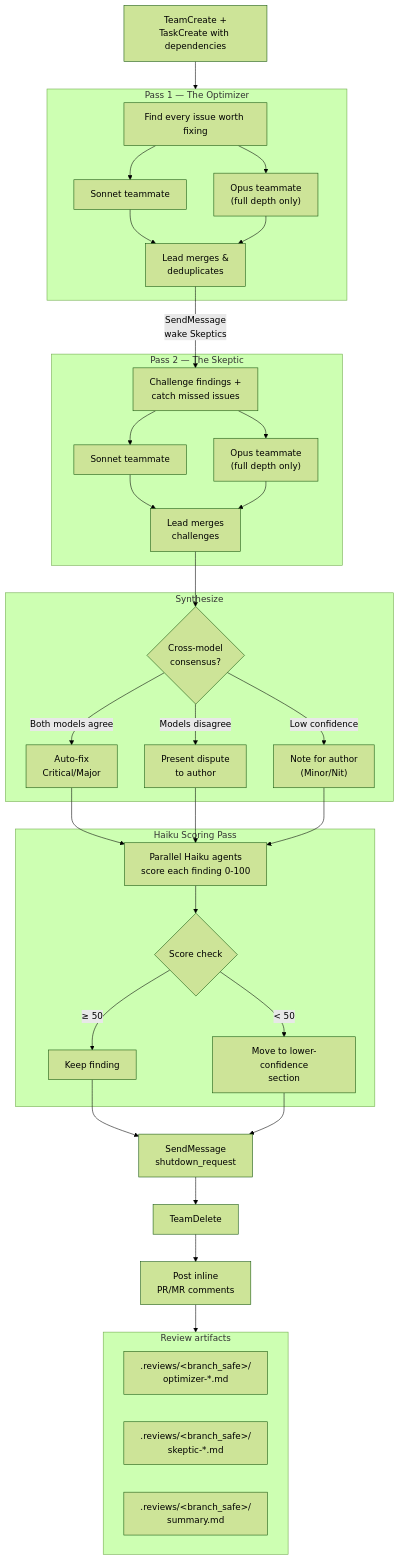
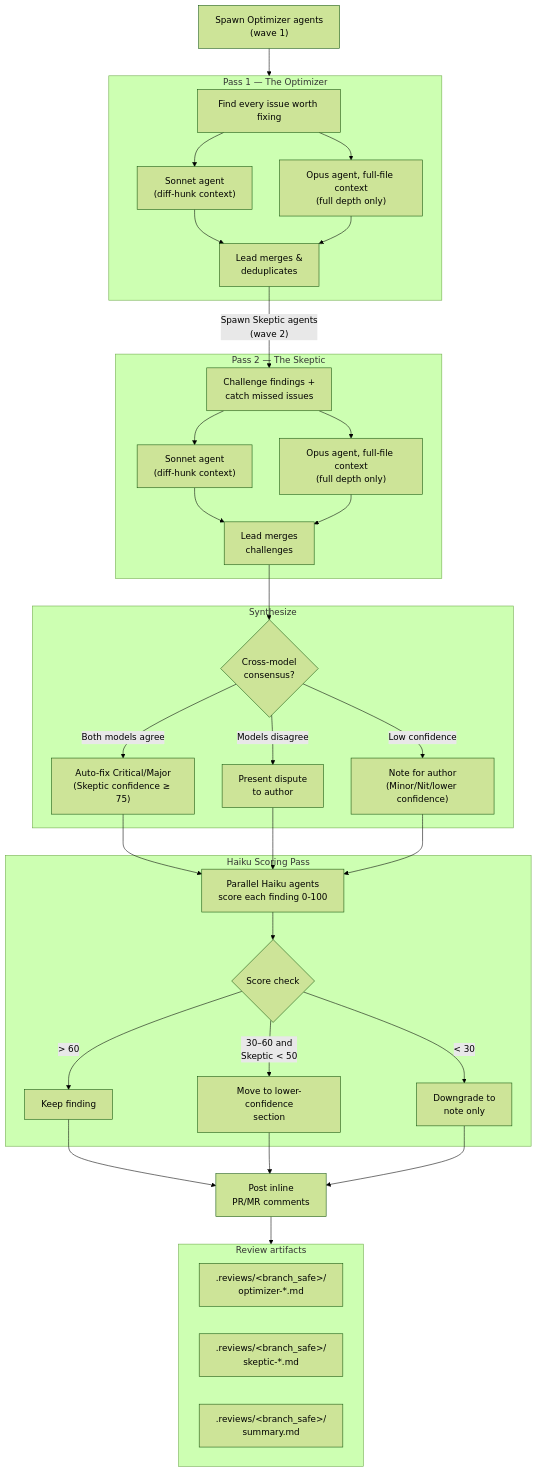
One commit to ng/adversarial-review changed the third of 3 diagrams in README.md. Above: the diagram before and after it, drawn with Mermaid (forest theme). The commit also changed other lines of this file and 10 other files, not shown here.

````diff
--- a/README.md
+++ b/README.md
@@ -108,60 +234,60 @@
 ```mermaid
 flowchart TD
-    Team["TeamCreate +<br/>TaskCreate with dependencies"] --> Pass1
+    Spawn["Spawn Optimizer agents<br/>(wave 1)"] --> Pass1
 
     subgraph Pass1["Pass 1 — The Optimizer"]
         Optimizer["Find every issue worth fixing"]
-        OptSonnet["Sonnet teammate"]
-        OptOpus["Opus teammate<br/>(full depth only)"]
+        OptSonnet["Sonnet agent<br/>(diff-hunk context)"]
+        OptOpus["Opus agent, full-file context<br/>(full depth only)"]
         MergeOpt["Lead merges &<br/>deduplicates"]
         Optimizer --> OptSonnet & OptOpus
         OptSonnet & OptOpus --> MergeOpt
     end
 
-    MergeOpt -->|"SendMessage<br/>wake Skeptics"| Skeptic
+    MergeOpt -->|"Spawn Skeptic agents<br/>(wave 2)"| Skeptic
 
     subgraph Pass2["Pass 2 — The Skeptic"]
         Skeptic["Challenge findings +<br/>catch missed issues"]
-        SkpSonnet["Sonnet teammate"]
-        SkpOpus["Opus teammate<br/>(full depth only)"]
+        SkpSonnet["Sonnet agent<br/>(diff-hunk context)"]
+        SkpOpus["Opus agent, full-file context<br/>(full depth only)"]
         MergeSkp["Lead merges<br/>challenges"]
         Skeptic --> SkpSonnet & SkpOpus
         SkpSonnet & SkpOpus --> MergeSkp
     end
 
     MergeSkp --> Confidence
 
     subgraph Synthesis["Synthesize"]
         Confidence{"Cross-model<br/>consensus?"}
-        AutoFix["Auto-fix<br/>Critical/Major"]
+        AutoFix["Auto-fix Critical/Major<br/>(Skeptic confidence ≥ 75)"]
         Dispute["Present dispute<br/>to author"]
-        Note["Note for author<br/>(Minor/Nit)"]
+        Note["Note for author<br/>(Minor/Nit/lower confidence)"]
         Confidence -->|"Both models agree"| AutoFix
         Confidence -->|"Models disagree"| Dispute
         Confidence -->|"Low confidence"| Note
     end
 
     AutoFix & Dispute & Note --> Haiku
 
     subgraph HaikuPass["Haiku Scoring Pass"]
         Haiku["Parallel Haiku agents<br/>score each finding 0-100"]
         Filter{"Score check"}
         Keep["Keep finding"]
         Downgrade["Move to lower-confidence<br/>section"]
+        NoteOnly["Downgrade to<br/>note only"]
         Haiku --> Filter
-        Filter -->|"≥ 50"| Keep
-        Filter -->|"< 50"| Downgrade
+        Filter -->|"> 60"| Keep
+        Filter -->|"30–60 and<br/>Skeptic < 50"| Downgrade
+        Filter -->|"< 30"| NoteOnly
     end
 
-    Keep & Downgrade --> ShutdownReq["SendMessage<br/>shutdown_request"]
-    ShutdownReq --> Shutdown["TeamDelete"]
-    Shutdown --> PR["Post inline<br/>PR/MR comments"]
+    Keep & Downgrade & NoteOnly --> PR["Post inline<br/>PR/MR comments"]
     PR --> Artifacts
 
     subgraph Artifacts["Review artifacts"]
         direction LR
         A1[".reviews/&lt;branch_safe&gt;/<br/>optimizer-*.md"]
         A2[".reviews/&lt;branch_safe&gt;/<br/>skeptic-*.md"]
         A3[".reviews/&lt;branch_safe&gt;/<br/>summary.md"]
     end
 ```
````
